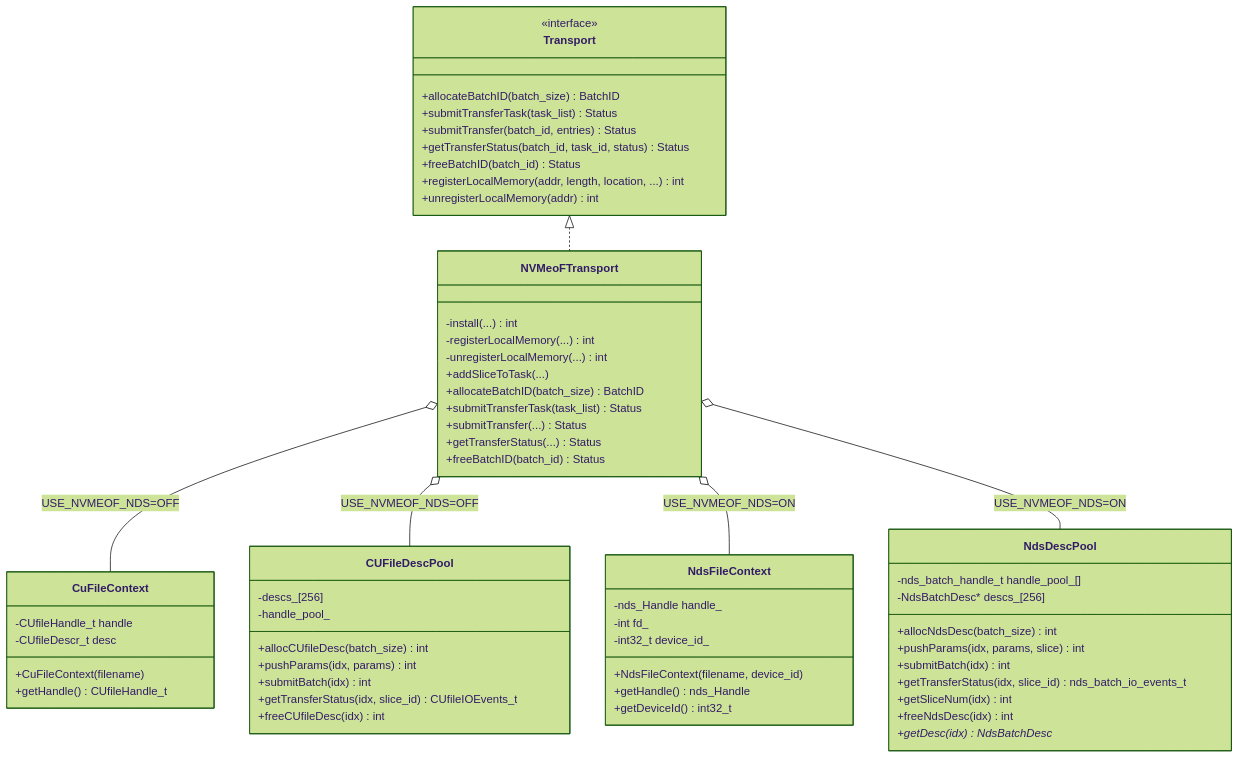
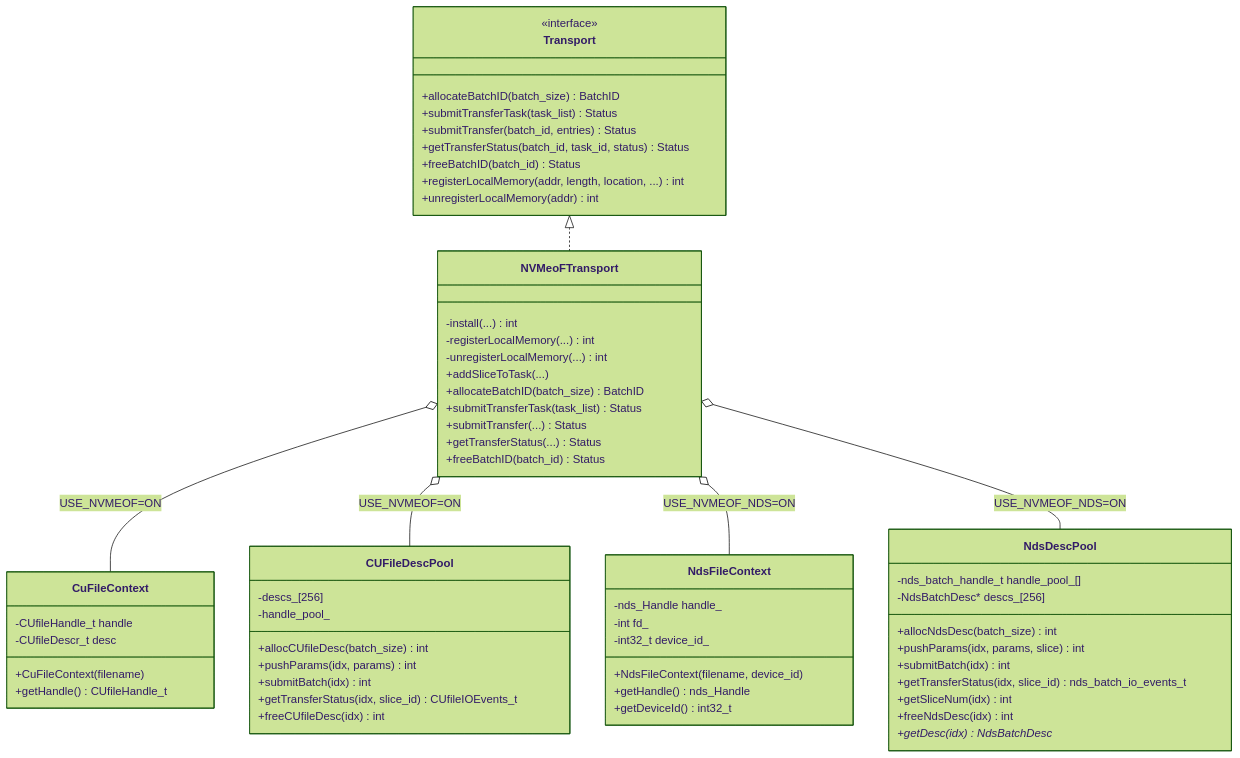
Before and after one commit to yz53665/Mooncake: the third of 17 diagrams in docs/rfc-nds-nvmeof-transport-cn.md, drawn with Mermaid (forest theme). The commit also changed other lines of this file, not shown here.

````diff
--- a/docs/rfc-nds-nvmeof-transport-cn.md
+++ b/docs/rfc-nds-nvmeof-transport-cn.md
@@ -134,69 +135,69 @@
 ```mermaid
 classDiagram
     class Transport {
         <<interface>>
         +allocateBatchID(batch_size) BatchID
         +submitTransferTask(task_list) Status
         +submitTransfer(batch_id, entries) Status
         +getTransferStatus(batch_id, task_id, status) Status
         +freeBatchID(batch_id) Status
         +registerLocalMemory(addr, length, location, ...) int
         +unregisterLocalMemory(addr) int
     }
 
     class NVMeoFTransport {
         -install(...) int
         -registerLocalMemory(...) int
         -unregisterLocalMemory(...) int
         +addSliceToTask(...)
         +allocateBatchID(batch_size) BatchID
         +submitTransferTask(task_list) Status
         +submitTransfer(...) Status
         +getTransferStatus(...) Status
         +freeBatchID(batch_id) Status
     }
 
     class CuFileContext {
         -CUfileHandle_t handle
         -CUfileDescr_t desc
         +CuFileContext(filename)
         +getHandle() CUfileHandle_t
     }
 
     class CUFileDescPool {
         -descs_[256]
         -handle_pool_
         +allocCUfileDesc(batch_size) int
         +pushParams(idx, params) int
         +submitBatch(idx) int
         +getTransferStatus(idx, slice_id) CUfileIOEvents_t
         +freeCUfileDesc(idx) int
     }
 
     class NdsDescPool {
         -nds_batch_handle_t handle_pool_[]
         -NdsBatchDesc* descs_[256]
         +allocNdsDesc(batch_size) int
         +pushParams(idx, params, slice) int
         +submitBatch(idx) int
         +getTransferStatus(idx, slice_id) nds_batch_io_events_t
         +getSliceNum(idx) int
         +freeNdsDesc(idx) int
         +getDesc(idx) NdsBatchDesc*
     }
 
     class NdsFileContext {
         -nds_Handle handle_
         -int fd_
         -int32_t device_id_
         +NdsFileContext(filename, device_id)
         +getHandle() nds_Handle
         +getDeviceId() int32_t
     }
 
     Transport <|.. NVMeoFTransport
-    NVMeoFTransport o-- CuFileContext : USE_NVMEOF_NDS=OFF
-    NVMeoFTransport o-- CUFileDescPool : USE_NVMEOF_NDS=OFF
+    NVMeoFTransport o-- CuFileContext : USE_NVMEOF=ON
+    NVMeoFTransport o-- CUFileDescPool : USE_NVMEOF=ON
     NVMeoFTransport o-- NdsFileContext : USE_NVMEOF_NDS=ON
     NVMeoFTransport o-- NdsDescPool : USE_NVMEOF_NDS=ON
 ```
````
